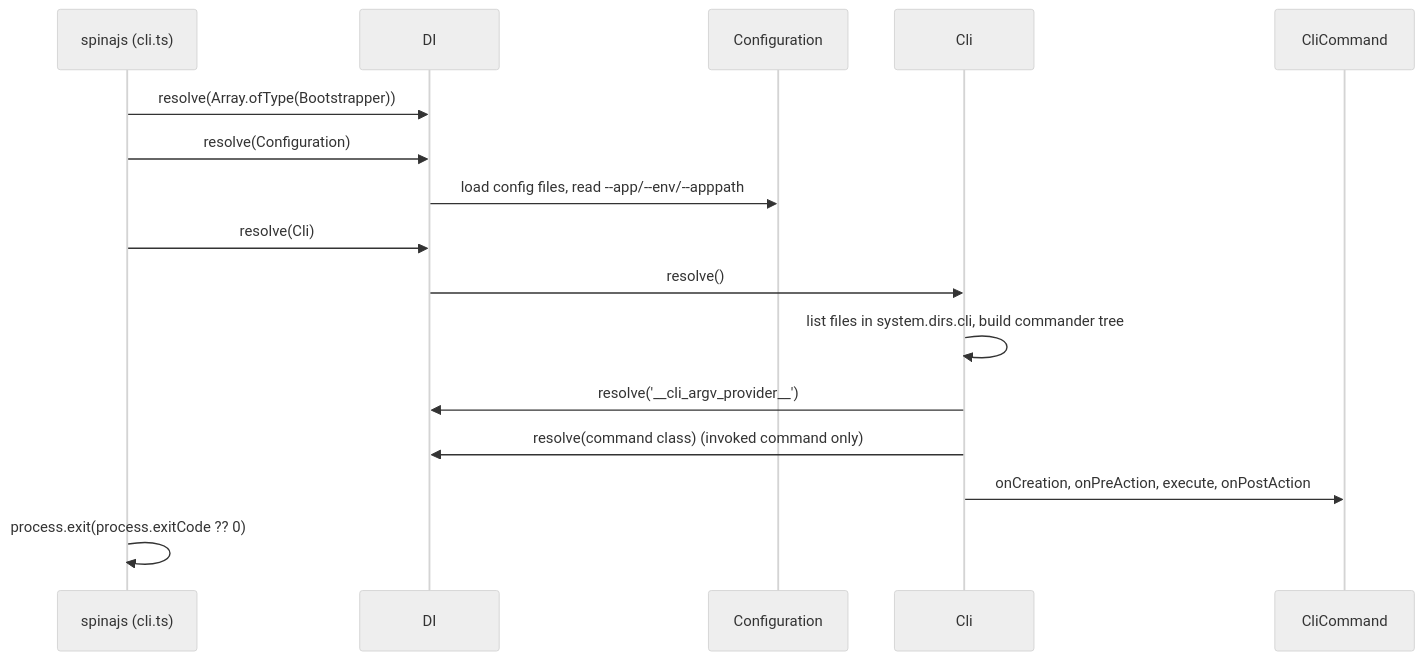
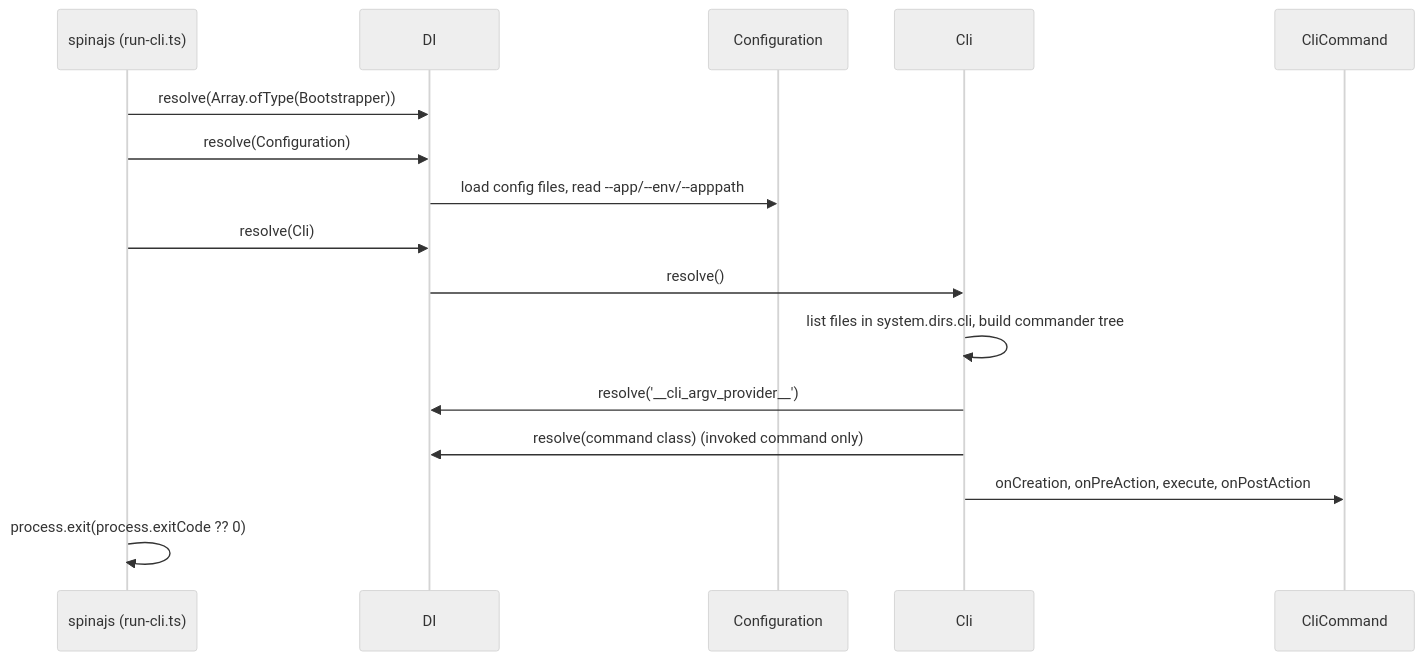
Before and after one commit to spinajs/main: the diagram in docs/cli/01-running-the-cli.md, drawn with Mermaid (neutral theme). The commit also changed other lines of this file and 6 other files, not shown here.

First line of the commit message:
perf(cli): turn on the compile cache in the spinajs bin

````diff
--- a/docs/cli/01-running-the-cli.md
+++ b/docs/cli/01-running-the-cli.md
@@ -15,18 +15,18 @@
 ```mermaid
 sequenceDiagram
-  participant Bin as spinajs (cli.ts)
+  participant Bin as spinajs (run-cli.ts)
   participant DI
   participant Conf as Configuration
   participant Cli
   participant Cmd as CliCommand
   Bin->>DI: resolve(Array.ofType(Bootstrapper))
   Bin->>DI: resolve(Configuration)
   DI->>Conf: load config files, read --app/--env/--apppath
   Bin->>DI: resolve(Cli)
   DI->>Cli: resolve()
   Cli->>Cli: list files in system.dirs.cli, build commander tree
   Cli->>DI: resolve('__cli_argv_provider__')
   Cli->>DI: resolve(command class) (invoked command only)
   Cli->>Cmd: onCreation, onPreAction, execute, onPostAction
   Bin->>Bin: process.exit(process.exitCode ?? 0)
 ```
````
